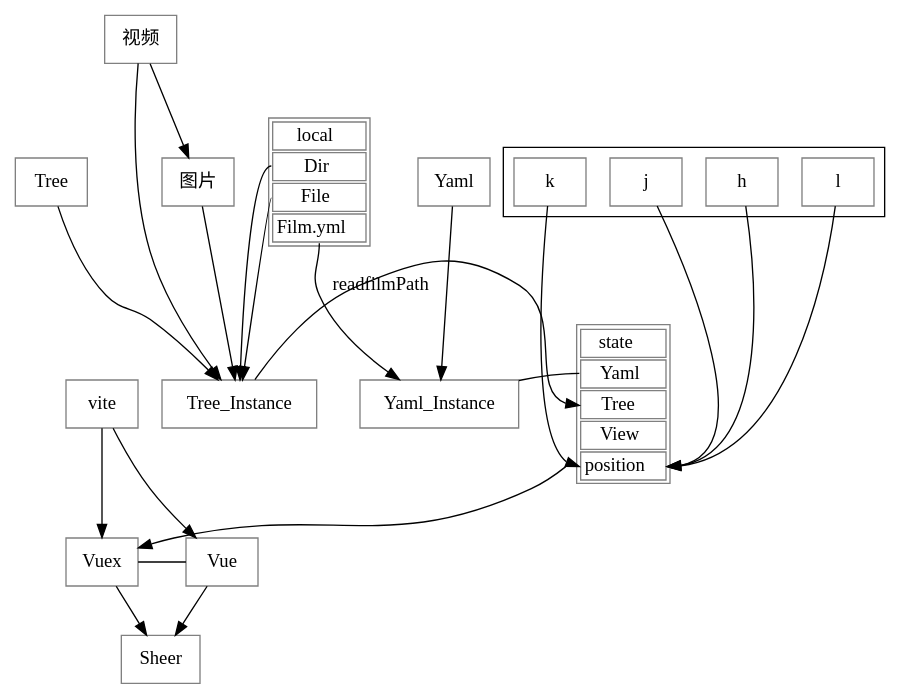
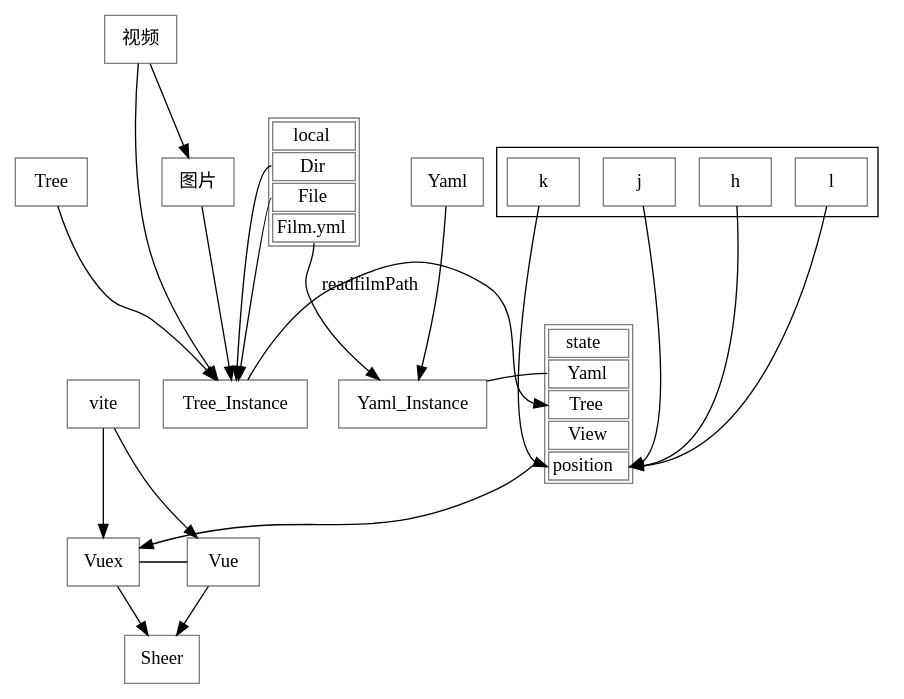
The diagram in construct.dot (WingDust/Sheer), drawn with Graphviz before and after one commit. The commit also changed 6 other files, not shown here.

```diff
--- a/construct.dot
+++ b/construct.dot
@@ -1,97 +1,97 @@
 digraph construct {
-    node [color=gray,shape=box];
+
+    node [color=gray,shape=box,fontname="FangSong"];
     {rank=max;Sheer}
 
     local [
         shape = plaintext
         label =<
         <table border='1' cellborder='1'>
             <tr><td colspan="1">local</td></tr>
              <tr>
              <td port='port_one'>Dir</td>
             </tr>
              <tr>
              <td port='port_two'>File</td>
             </tr>
              <tr>
              <td port='port_three'>Film.yml</td>
             </tr>
         </table>
         >
     ];
     state [
         shape = plaintext
         label =<
         <table border='1' cellborder='1'>
             <tr><td colspan="1">state</td></tr>
              <tr>
              <td port='port_one'>Yaml</td>
             </tr>
              <tr>
              <td port='port_two'>Tree</td>
             </tr>
              <tr>
              <td port='port_three'>View</td>
             </tr>
              <tr>
              <td port='port_four'>position</td>
             </tr>
         </table>
         >
     ];
     subgraph cluster_vim{
         l;
         k;
         j;
         h;
     }
     h -> state:port_four
     j -> state:port_four
     k -> state:port_four
     l -> state:port_four
     subgraph cluster_init{
         label = "Init";
         Tree_Instance ;
         Yaml_Instance;
     }
 
     subgraph dependencies{
         // label="asd";
         // labelloc= "t";
         Vue;
         Vuex;
     }
     { rank=same; Vue Vuex };
     Vuex -> Vue[arrowhead=none];
     Vuex -> {Sheer};
     state -> Vuex;
     Vue -> Sheer ;
     vite -> Vue;
     vite -> Vuex;
 
     // subgraph cluster_p{
     subgraph cluster_datastructure{
         // label="ad";
         Tree
         Yaml
         pos = "1,2!"
     }
     // { rank=  };
     { rank=same; Tree Yaml };
     { rank=same; Tree_Instance Yaml_Instance state};
     Tree -> Tree_Instance;
     Yaml -> Yaml_Instance;
     {Tree_Instance} -> state:port_two;
     Yaml_Instance -> state:port_one;
     // Tree_Instance -> local
 
     local:port_one -> Tree_Instance;
     local:port_two -> Tree_Instance;
     local:port_three -> Yaml_Instance[label="readfilmPath"];
 
     {rank = some; 视频 图片}
-    视频 -> 图片
+    视频-> 图片
     {视频,图片} -> Tree_Instance
 
-
 }
```
